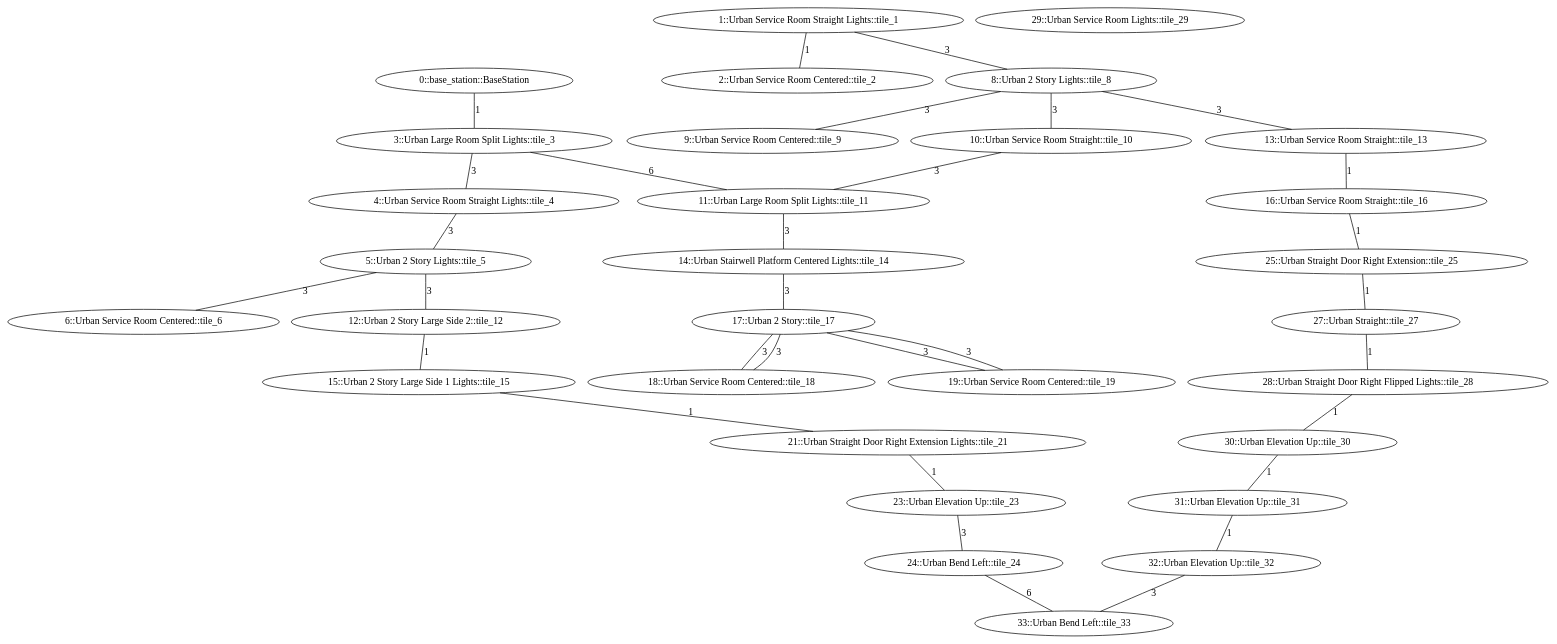
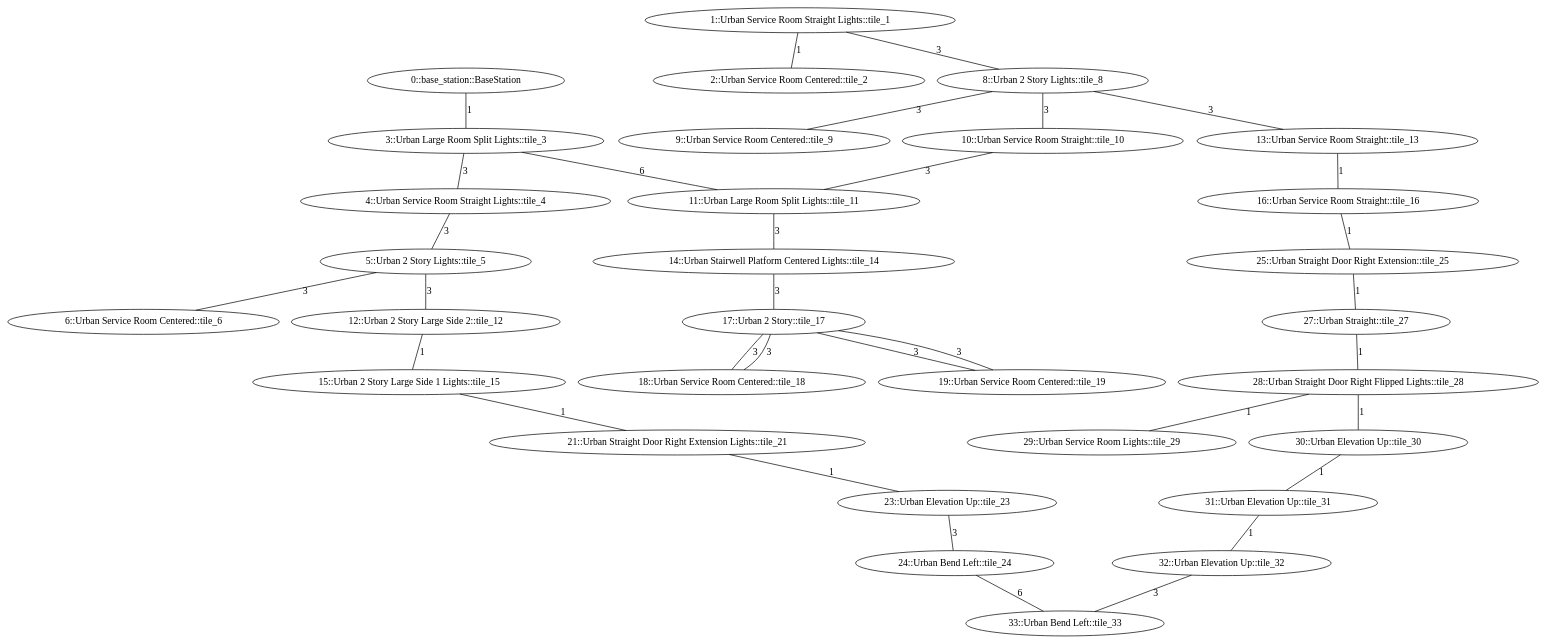
One commit to osrf/subt changed the diagram in subt_ign/worlds/urban_circuit_practice_01.dot. Above: the diagram before and after it, drawn with Graphviz. The commit also changed 3 other files, not shown here.

```diff
--- a/subt_ign/worlds/urban_circuit_practice_01.dot
+++ b/subt_ign/worlds/urban_circuit_practice_01.dot
@@ -1,75 +1,76 @@
 /* Visibility graph for urban_circuit_practice_01.tsv */
 /* Generated with the tile_tsv.py script: */
 /*   tile_tsv.py urban_circuit_practice_01.tsv -\-graph-file urban_circuit_practice_01.dot -\-world-file urban_circuit_practice_01.sdf -\-world-name urban_circuit_practice_01 -\-scale_x 40 -\-scale_y 40 -\-urban -\-y0 24 -\-x0 -96 -\-z0 1 -\-level_type row_col */
 
 graph {
   /* ==== Vertices ==== */
 
   /* Base station / Staging area */
   0   [label="0::base_station::BaseStation"];
 
   1   [label="1::Urban Service Room Straight Lights::tile_1"];
   2   [label="2::Urban Service Room Centered::tile_2"];
   3   [label="3::Urban Large Room Split Lights::tile_3"];
   4   [label="4::Urban Service Room Straight Lights::tile_4"];
   5   [label="5::Urban 2 Story Lights::tile_5"];
   6   [label="6::Urban Service Room Centered::tile_6"];
   8   [label="8::Urban 2 Story Lights::tile_8"];
   9   [label="9::Urban Service Room Centered::tile_9"];
   10  [label="10::Urban Service Room Straight::tile_10"];
   11  [label="11::Urban Large Room Split Lights::tile_11"];
   12  [label="12::Urban 2 Story Large Side 2::tile_12"];
   13  [label="13::Urban Service Room Straight::tile_13"];
   14  [label="14::Urban Stairwell Platform Centered Lights::tile_14"];
   15  [label="15::Urban 2 Story Large Side 1 Lights::tile_15"];
   16  [label="16::Urban Service Room Straight::tile_16"];
   17  [label="17::Urban 2 Story::tile_17"];
   18  [label="18::Urban Service Room Centered::tile_18"];
   19  [label="19::Urban Service Room Centered::tile_19"];
   21  [label="21::Urban Straight Door Right Extension Lights::tile_21"];
   23  [label="23::Urban Elevation Up::tile_23"];
   24  [label="24::Urban Bend Left::tile_24"];
   25  [label="25::Urban Straight Door Right Extension::tile_25"];
   27  [label="27::Urban Straight::tile_27"];
   28  [label="28::Urban Straight Door Right Flipped Lights::tile_28"];
   29  [label="29::Urban Service Room Lights::tile_29"];
   30  [label="30::Urban Elevation Up::tile_30"];
   31  [label="31::Urban Elevation Up::tile_31"];
   32  [label="32::Urban Elevation Up::tile_32"];
   33  [label="33::Urban Bend Left::tile_33"];
 
   /* ==== Edges ==== */
 
   /* Base station */
   0  -- 3   [label=1];
   1  -- 8   [label=3];  /* Intersection */
   3  -- 4   [label=3];  /* Intersection */
   3  -- 11  [label=6];  /* Intersection */
   4  -- 5   [label=3];  /* Intersection */
   5  -- 12  [label=3];  /* Intersection */
   8  -- 10  [label=3];  /* Intersection */
   8  -- 13  [label=3];  /* Intersection */
   10 -- 11  [label=3];  /* Intersection */
   11 -- 14  [label=3];  /* Intersection */
   12 -- 15  [label=1];
   13 -- 16  [label=1];
   14 -- 17  [label=3];  /* Intersection */
   15 -- 21  [label=1];
   16 -- 25  [label=1];
   21 -- 23  [label=1];
   23 -- 24  [label=3];
   24 -- 33  [label=6];
   25 -- 27  [label=1];
   27 -- 28  [label=1];
   28 -- 30  [label=1];
   30 -- 31  [label=1];
   31 -- 32  [label=1];
   32 -- 33  [label=3];
   1  -- 2   [label=1];
   5  -- 6   [label=3];  /* Intersection */
   8  -- 9   [label=3];  /* Intersection */
   17 -- 18  [label=3];  /* Intersection */
   17 -- 19  [label=3];  /* Intersection */
   17 -- 18  [label=3];  /* Intersection */
   17 -- 19  [label=3];  /* Intersection */
+  28 -- 29  [label=1];
 }
```
